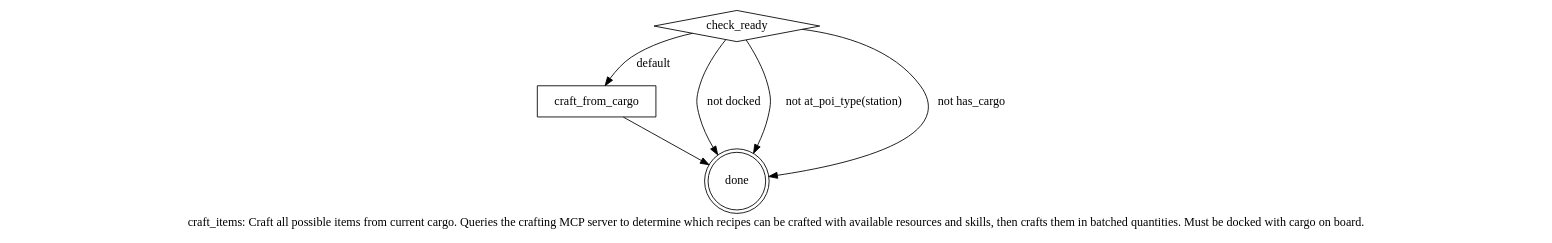
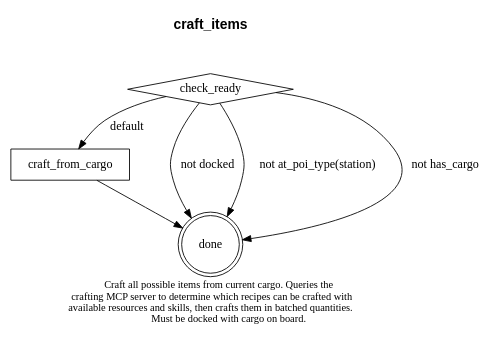
The diagram in data/skills/craft_items.dot (rsned/spacemolt), drawn with Graphviz before and after one commit. The commit also changed 15 other files, not shown here.

```diff
--- a/data/skills/craft_items.dot
+++ b/data/skills/craft_items.dot
@@ -1,14 +1,24 @@
 digraph craft_items {
-  label="craft_items: Craft all possible items from current cargo. Queries the crafting MCP server to determine which recipes can be crafted with available resources and skills, then crafts them in batched quantities. Must be docked with cargo on board.\n"
+  label=<
+Craft all possible items from current cargo. Queries the<br/>
+crafting MCP server to determine which recipes can be crafted with<br/>
+available resources and skills, then crafts them in batched quantities.<br/>
+Must be docked with cargo on board.
+>
+  labelloc=b
+  fontsize=12
   rankdir=TB
+
+  title [shape=none margin=0 fontsize=16 fontname="Helvetica-Bold" label="craft_items"]
+  title -> check_ready [style=invis]
 
   check_ready [shape=diamond label="check_ready"]
   craft [shape=box label="craft_from_cargo"]
   done [shape=doublecircle label="done"]
 
   check_ready -> done [label="not docked"]
   check_ready -> done [label="not at_poi_type(station)"]
   check_ready -> done [label="not has_cargo"]
   check_ready -> craft [label="default"]
   craft -> done
 }
```
